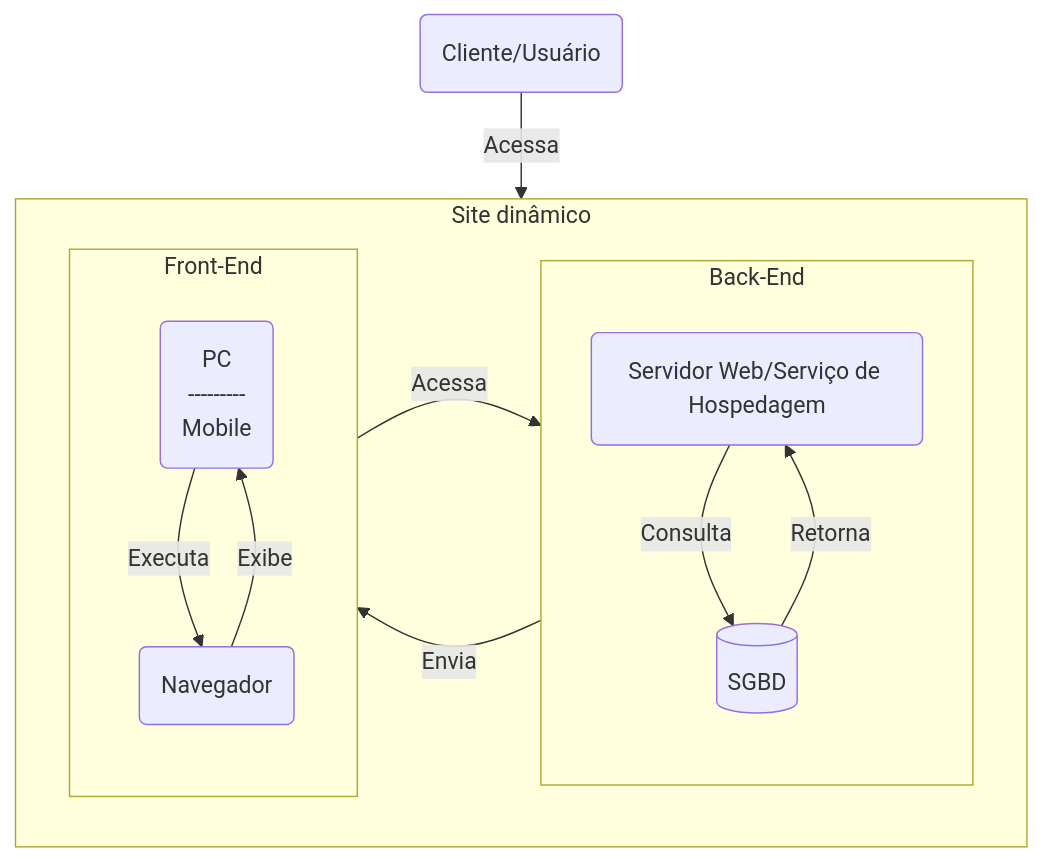
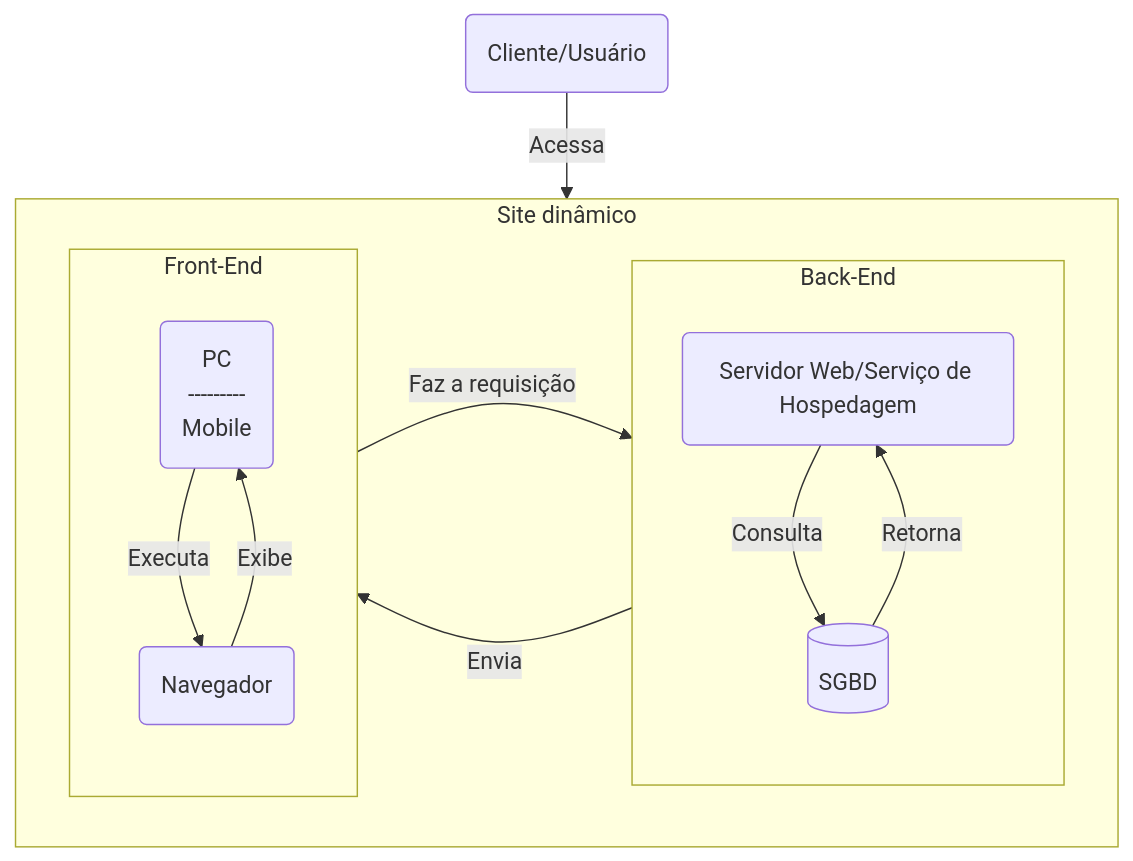
One commit to dev-alexmachado/guia_rapido_aplicacoes_web changed the second of 2 diagrams in README.md. Above: the diagram before and after it, drawn with Mermaid.

Commit message:
Correção diagrama

```diff
--- a/README.md
+++ b/README.md
@@ -64,27 +64,27 @@
 ~~~mermaid
 graph TD
     A(Cliente/Usuário) -- Acessa --> Sistema
 
     subgraph Sistema [Site dinâmico]
         direction LR
 
         subgraph Back-End
             direction TD
             D(Servidor Web/Serviço de Hospedagem) -- Consulta --> E[(SGBD)]
 
             E -- Retorna --> D
         end
 
+        Front-End -- Faz a requisição --> Back-End
         Back-End -- Envia --> Front-End
-        Front-End -- Acessa --> Back-End
 
         subgraph Front-End
             direction TD
             B(PC<br>---------<br>Mobile) -- Executa --> C(Navegador)
 
             C -- Exibe --> B
         end
 
         
     end
 ~~~
```
